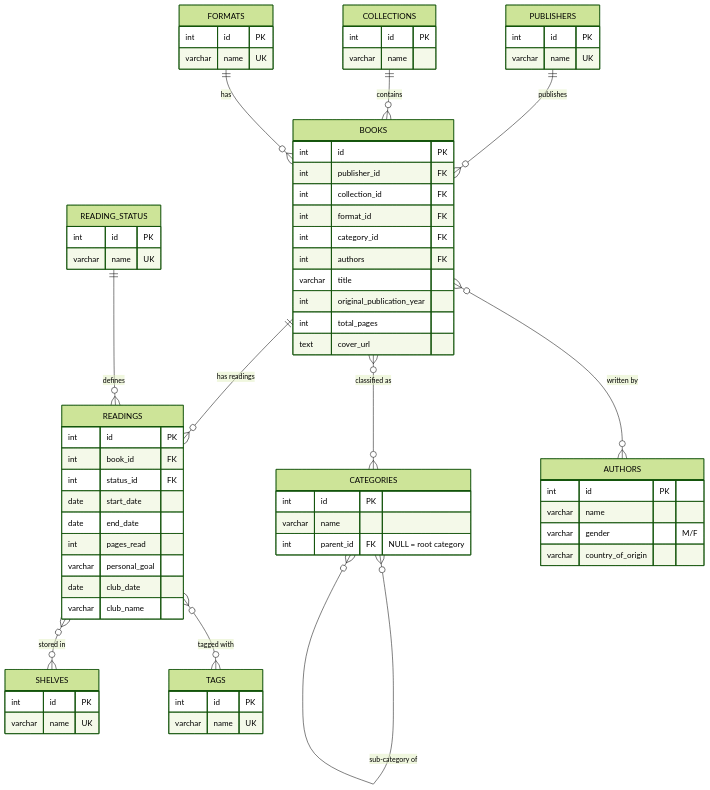
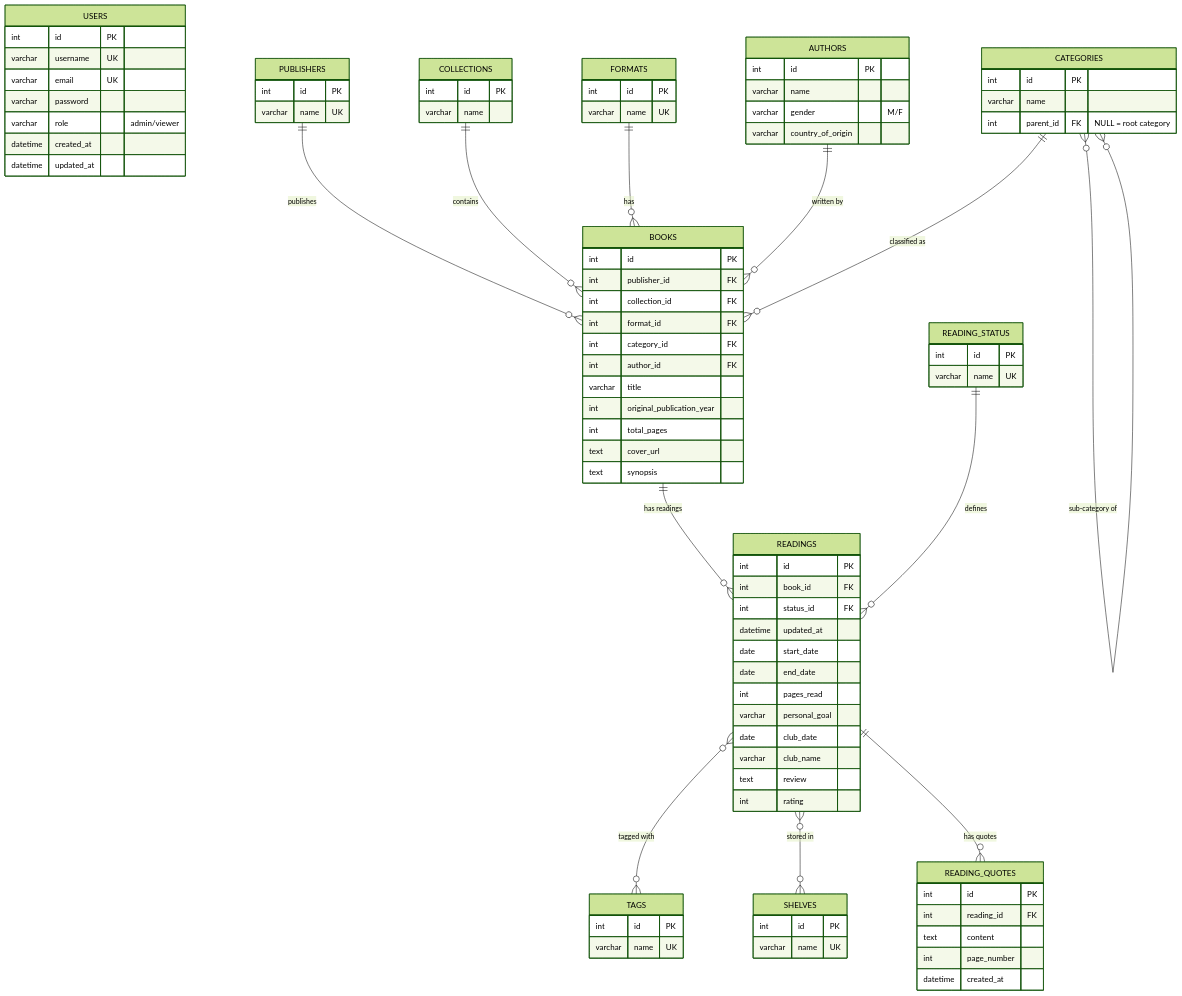
One commit to rafaelladuarte/booktrack-fastapi changed the third of 3 diagrams in README.md. Above: the diagram before and after it, drawn with Mermaid (forest theme).

Commit message:
feat: update ER diagram to include user model, reading quotes, and additional fields in readings

````diff
--- a/README.md
+++ b/README.md
@@ -252,6 +252,17 @@
 ```mermaid
 erDiagram
-    %% ========== 1. BASIC DIMENSIONS ==========
+    %% ========== 1. USERS ==========
+    USERS {
+        int id PK
+        varchar username UK
+        varchar email UK
+        varchar password
+        varchar role "admin/viewer"
+        datetime created_at
+        datetime updated_at
+    }
+
+    %% ========== 2. BASIC DIMENSIONS ==========
     AUTHORS {
         int id PK
         varchar name
@@ -289,50 +300,62 @@
         varchar name UK
     }
 
-    %% ========== 2. HIERARCHICAL CATEGORIES ==========
+    %% ========== 3. HIERARCHICAL CATEGORIES ==========
     CATEGORIES {
         int id PK
         varchar name
         int parent_id FK "NULL = root category"
     }
 
-    %% ========== 3. BOOKS ==========
+    %% ========== 4. BOOKS ==========
     BOOKS {
         int id PK
         int publisher_id FK
         int collection_id FK
         int format_id FK
         int category_id FK 
-        int authors FK
+        int author_id FK
         varchar title
         int original_publication_year
         int total_pages
         text cover_url
-        
+        text synopsis
     }
 
-    %% ========== 5. READINGS ==========
+    %% ========== 5. READINGS & QUOTES ==========
     READINGS {
         int id PK
         int book_id FK
         int status_id FK
+        datetime updated_at
         date start_date
         date end_date
         int pages_read
         varchar personal_goal
         date club_date
         varchar club_name
+        text review
+        int rating
+    }
+
+    READING_QUOTES {
+        int id PK
+        int reading_id FK
+        text content
+        int page_number
+        datetime created_at
     }
 
     %% ========== RELATIONSHIPS ==========
     PUBLISHERS ||--o{ BOOKS : "publishes"
     COLLECTIONS ||--o{ BOOKS : "contains"
     FORMATS ||--o{ BOOKS : "has"
-    BOOKS }o--o{ AUTHORS : "written by"
-    BOOKS }o--o{ CATEGORIES : "classified as"
+    AUTHORS ||--o{ BOOKS : "written by"
+    CATEGORIES ||--o{ BOOKS : "classified as"
     CATEGORIES }o--o{ CATEGORIES : "sub-category of"
     BOOKS ||--o{ READINGS : "has readings"
     READING_STATUS ||--o{ READINGS : "defines"
     READINGS }o--o{ TAGS : "tagged with"
     READINGS }o--o{ SHELVES : "stored in"
+    READINGS ||--o{ READING_QUOTES : "has quotes"
 ```
````
